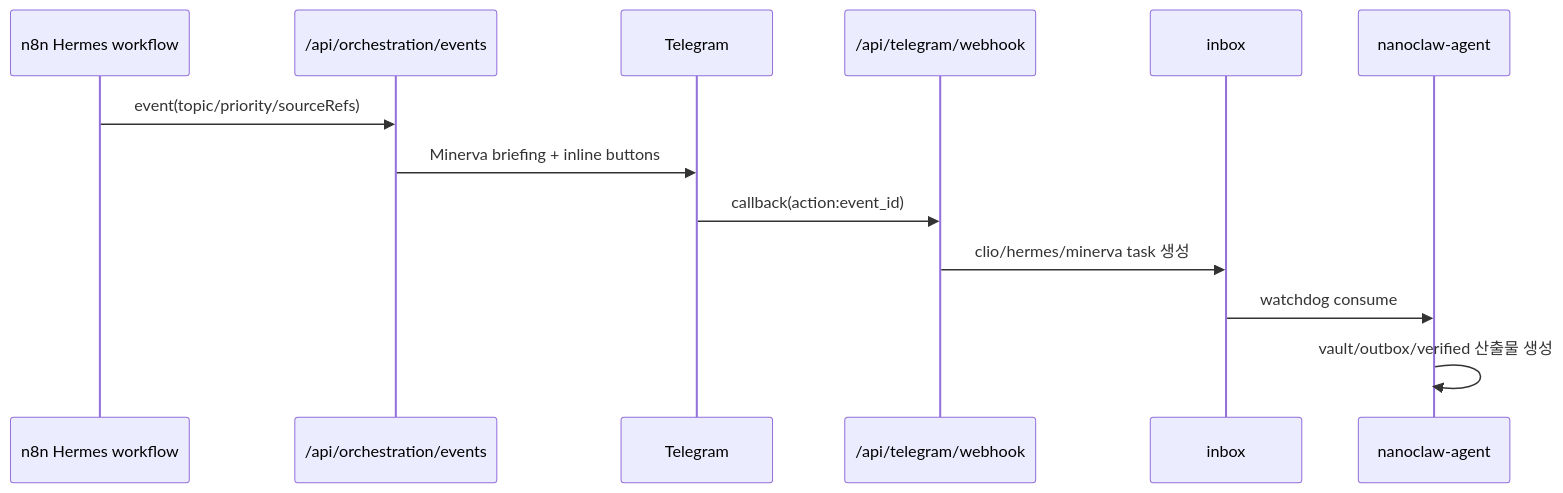
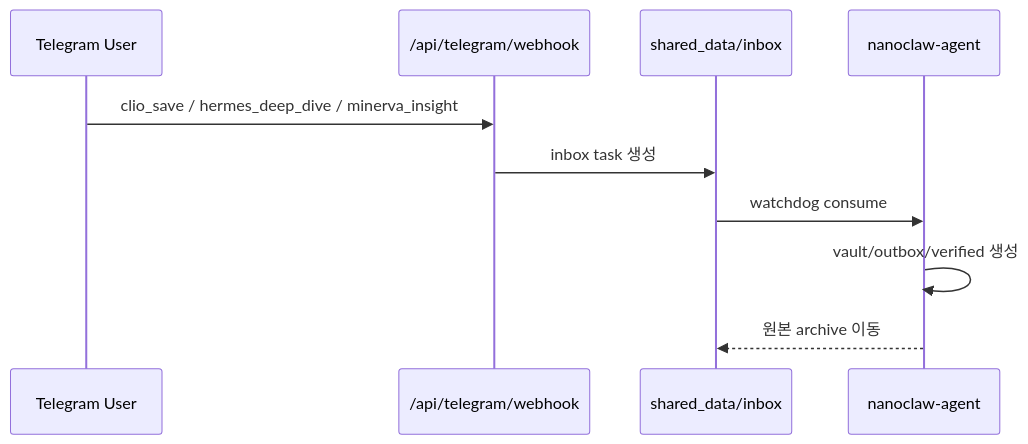
One commit to Merchantlee99/Personal-AI-agent-v2 changed the fourth of 4 diagrams in docs/ARCHITECTURE.md. Above: the diagram before and after it, drawn with Mermaid. The commit also changed other lines of this file and 9 other files, not shown here.

````diff
--- a/docs/ARCHITECTURE.md
+++ b/docs/ARCHITECTURE.md
@@ -86,16 +100,13 @@
 ```mermaid
 sequenceDiagram
-  participant W as n8n Hermes workflow
-  participant O as /api/orchestration/events
-  participant T as Telegram
-  participant C as /api/telegram/webhook
-  participant I as inbox
+  participant U as Telegram User
+  participant W as /api/telegram/webhook
+  participant I as shared_data/inbox
   participant A as nanoclaw-agent
 
-  W->>O: event(topic/priority/sourceRefs)
-  O->>T: Minerva briefing + inline buttons
-  T->>C: callback(action:event_id)
-  C->>I: clio/hermes/minerva task 생성
+  U->>W: clio_save / hermes_deep_dive / minerva_insight
+  W->>I: inbox task 생성
   I->>A: watchdog consume
-  A->>A: vault/outbox/verified 산출물 생성
+  A->>A: vault/outbox/verified 생성
+  A-->>I: 원본 archive 이동
 ```
````
